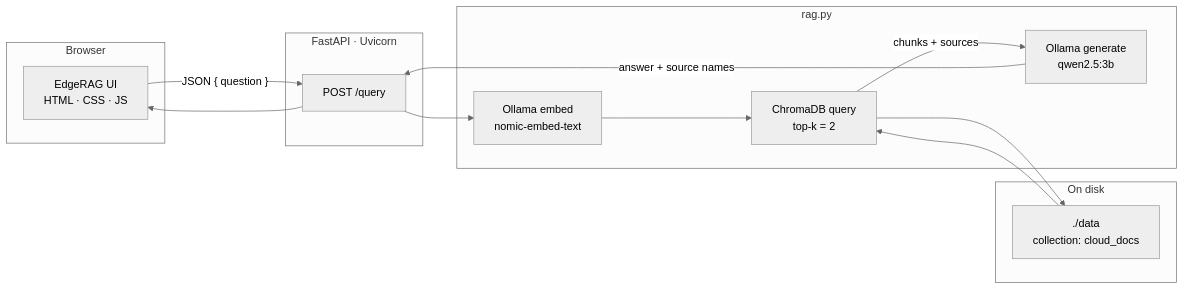
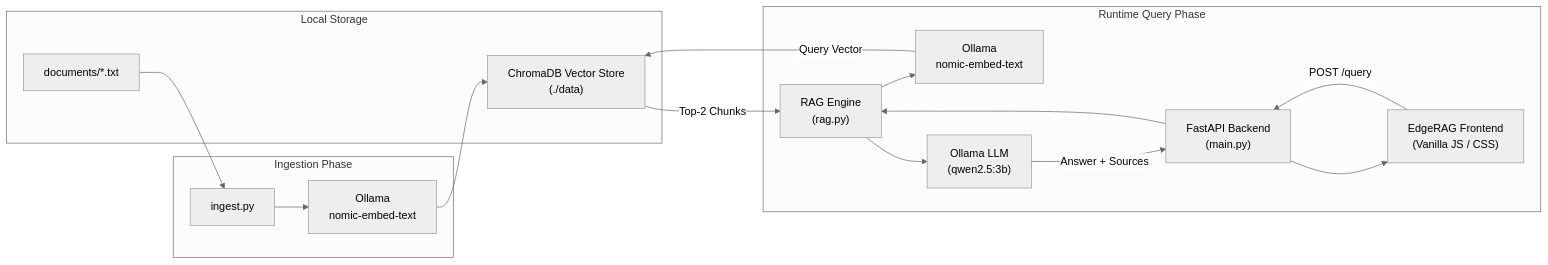
The diagram in README.md (mayursureshnair/EdgeRAG-Offline-AI), drawn with Mermaid (neutral theme) before and after one commit. The commit also changed other lines of this file and 1 other file, not shown here.

Commit message:
Prepare EdgeRAG repository with GitHub-ready README and .gitignore

````diff
--- a/README.md
+++ b/README.md
@@ -34,29 +66,33 @@
 ```mermaid
 flowchart LR
-    subgraph Client["Browser"]
-        UI["EdgeRAG UI<br/>HTML · CSS · JS"]
+    subgraph Storage["Local Storage"]
+        DOCS["documents/*.txt"]
+        CHROMA["ChromaDB Vector Store<br/>(./data)"]
     end
 
-    subgraph API["FastAPI · Uvicorn"]
-        EP["POST /query"]
+    subgraph Indexing["Ingestion Phase"]
+        INGEST["ingest.py"]
+        NOMIC_INGEST["Ollama<br/>nomic-embed-text"]
     end
 
-    subgraph RAG["rag.py"]
-        EMB["Ollama embed<br/>nomic-embed-text"]
-        RET["ChromaDB query<br/>top-k = 2"]
-        LLM["Ollama generate<br/>qwen2.5:3b"]
+    subgraph Querying["Runtime Query Phase"]
+        UI["EdgeRAG Frontend<br/>(Vanilla JS / CSS)"]
+        API["FastAPI Backend<br/>(main.py)"]
+        RAG["RAG Engine<br/>(rag.py)"]
+        NOMIC_QUERY["Ollama<br/>nomic-embed-text"]
+        LLM["Ollama LLM<br/>(qwen2.5:3b)"]
     end
 
-    subgraph Store["On disk"]
-        CH["./data<br/>collection: cloud_docs"]
-    end
+    DOCS --> INGEST
+    INGEST --> NOMIC_INGEST
+    NOMIC_INGEST --> CHROMA
 
-    UI -->|"JSON { question }" | EP
-    EP --> EMB
-    EMB --> RET
-    RET --> CH
-    CH --> RET
-    RET -->|"chunks + sources" | LLM
-    LLM -->|"answer + source names" | EP
-    EP --> UI
+    UI -->|"POST /query"| API
+    API --> RAG
+    RAG --> NOMIC_QUERY
+    NOMIC_QUERY -->|"Query Vector"| CHROMA
+    CHROMA -->|"Top-2 Chunks"| RAG
+    RAG --> LLM
+    LLM -->|"Answer + Sources"| API
+    API --> UI
 ```
````
